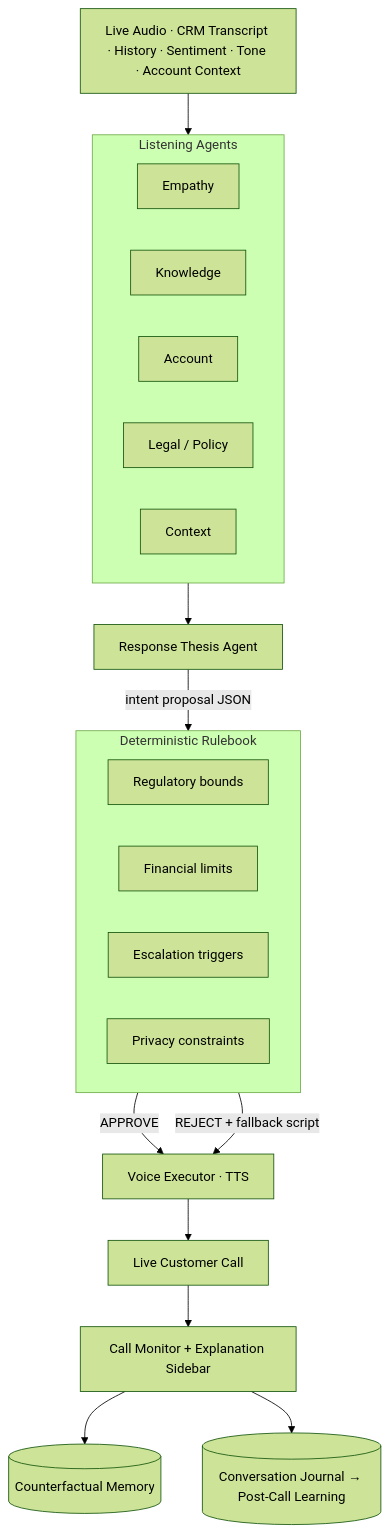
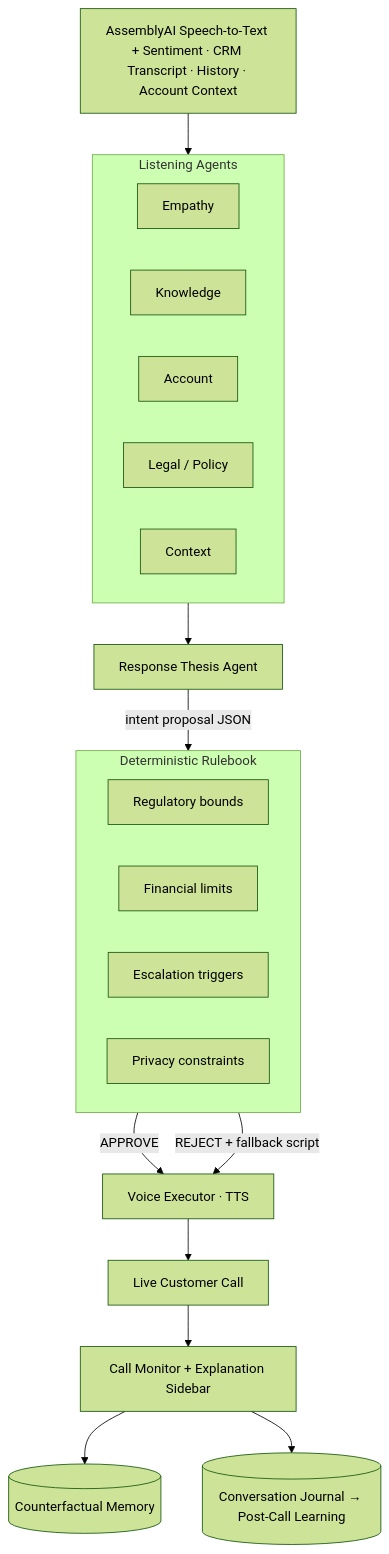
Before and after one commit to prashant08062-arch/voice-compliance-agent: the diagram in README.md, drawn with Mermaid (forest theme). The commit also changed other lines of this file and 12 other files, not shown here.

First line of the commit message:
feat: AssemblyAI voice intake — speech-to-text + sentiment feeds the Empathy agent

````diff
--- a/README.md
+++ b/README.md
@@ -26,29 +26,29 @@
 ```mermaid
 flowchart TD
-    A[Live Audio · CRM Transcript · History · Sentiment · Tone · Account Context] --> B
+    A[AssemblyAI Speech-to-Text + Sentiment · CRM Transcript · History · Account Context] --> B
 
     subgraph B [Listening Agents]
         B1[Empathy]
         B2[Knowledge]
         B3[Account]
         B4[Legal / Policy]
         B5[Context]
     end
 
     B --> C[Response Thesis Agent]
     C -->|"intent proposal JSON"| D{Compliance Governor}
 
     subgraph D [Deterministic Rulebook]
         D1[Regulatory bounds]
         D2[Financial limits]
         D3[Escalation triggers]
         D4[Privacy constraints]
     end
 
     D -->|APPROVE| E[Voice Executor · TTS]
     D -->|REJECT + fallback script| E
     E --> F[Live Customer Call]
     F --> G[Call Monitor + Explanation Sidebar]
     G --> H[(Counterfactual Memory)]
     G --> I[(Conversation Journal → Post-Call Learning)]
 ```
````
